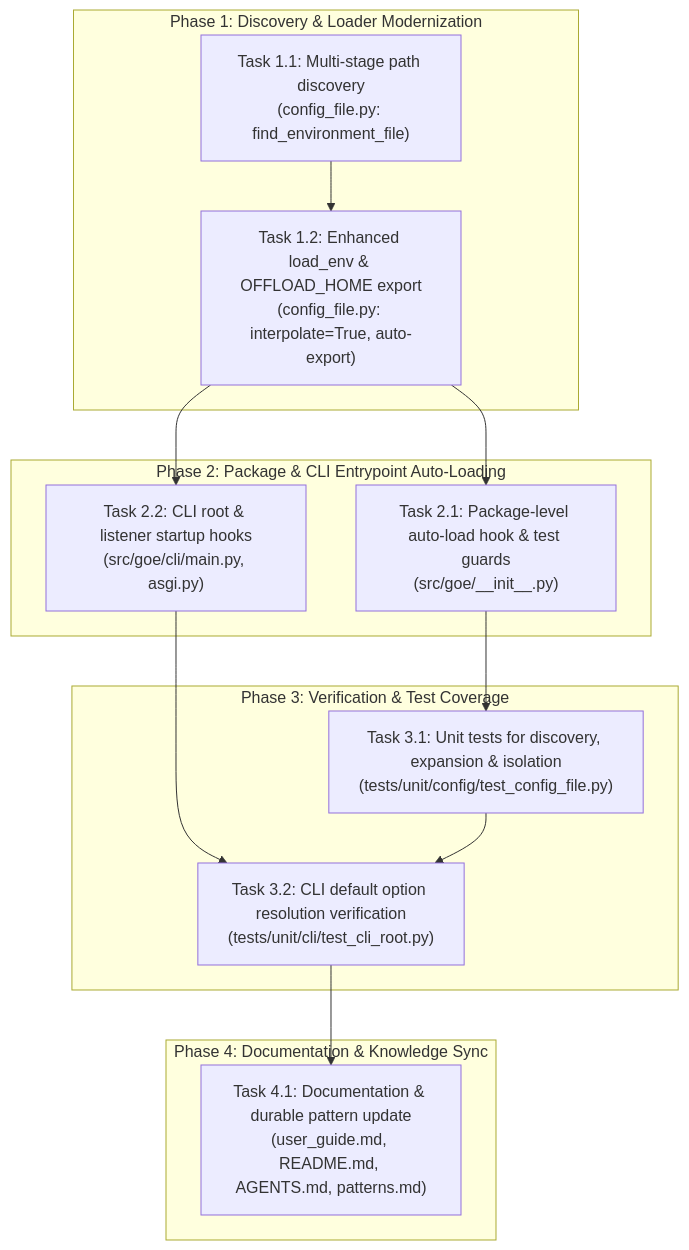
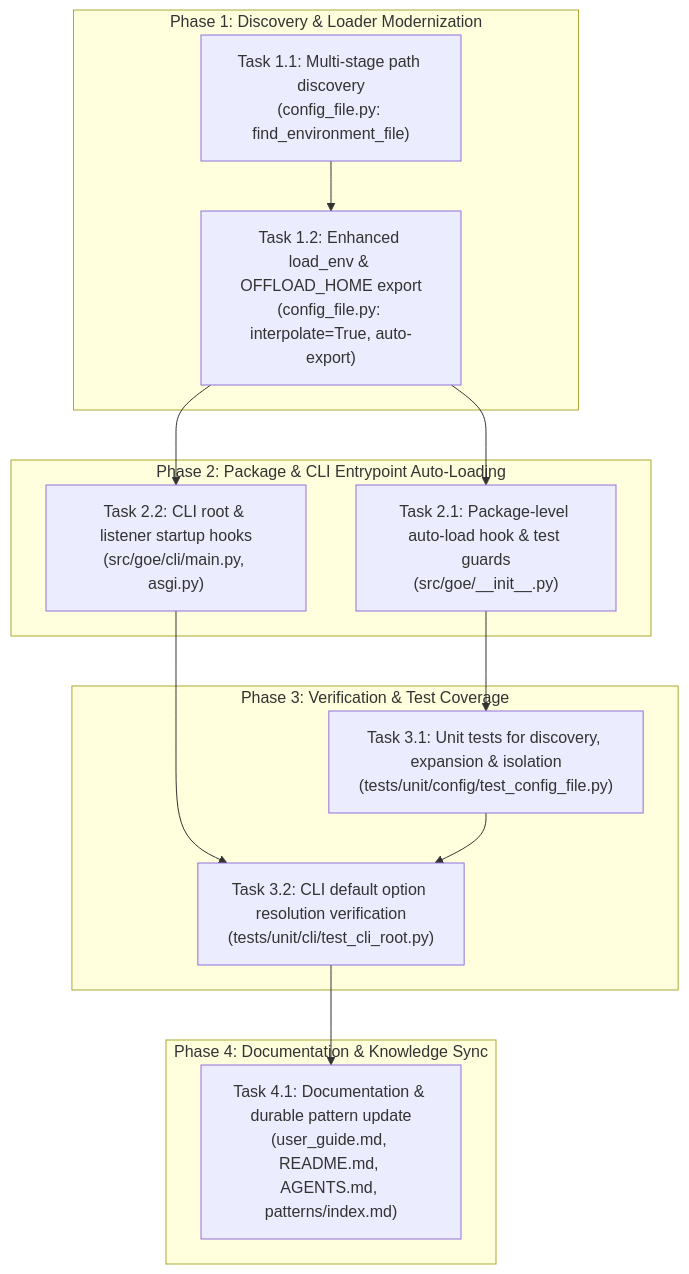
One commit to cofin/goe changed the diagram in .agents/bundles/specs/python_dotenv_autoload_20260826/spec.md. Above: the diagram before and after it, drawn with Mermaid. The commit also changed other lines of this file and 185 other files, not shown here.

First line of the commit message:
feat(config,cli,listener): dotenv discovery, CLI parity, schema alignment, and startup optimization (#7)

````diff
--- a/.agents/bundles/specs/python_dotenv_autoload_20260826/spec.md
+++ b/.agents/bundles/specs/python_dotenv_autoload_20260826/spec.md
@@ -64,28 +64,28 @@
 ```mermaid
 flowchart TD
     subgraph Phase1["Phase 1: Discovery & Loader Modernization"]
         T11["Task 1.1: Multi-stage path discovery\n(config_file.py: find_environment_file)"]
         T12["Task 1.2: Enhanced load_env & OFFLOAD_HOME export\n(config_file.py: interpolate=True, auto-export)"]
         T11 --> T12
     end
 
     subgraph Phase2["Phase 2: Package & CLI Entrypoint Auto-Loading"]
         T21["Task 2.1: Package-level auto-load hook & test guards\n(src/goe/__init__.py)"]
         T22["Task 2.2: CLI root & listener startup hooks\n(src/goe/cli/main.py, asgi.py)"]
         T12 --> T21
         T12 --> T22
     end
 
     subgraph Phase3["Phase 3: Verification & Test Coverage"]
         T31["Task 3.1: Unit tests for discovery, expansion & isolation\n(tests/unit/config/test_config_file.py)"]
         T32["Task 3.2: CLI default option resolution verification\n(tests/unit/cli/test_cli_root.py)"]
         T21 --> T31
         T22 --> T32
         T31 --> T32
     end
 
     subgraph Phase4["Phase 4: Documentation & Knowledge Sync"]
-        T41["Task 4.1: Documentation & durable pattern update\n(user_guide.md, README.md, AGENTS.md, patterns.md)"]
+        T41["Task 4.1: Documentation & durable pattern update\n(user_guide.md, README.md, AGENTS.md, patterns/index.md)"]
         T32 --> T41
     end
 ```
````
